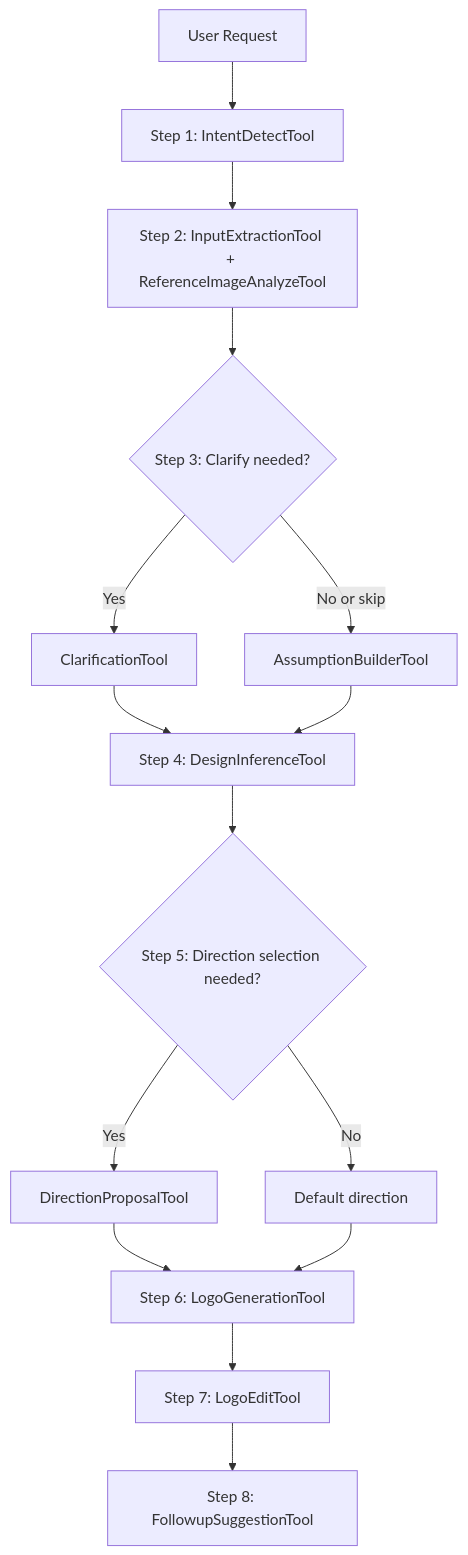
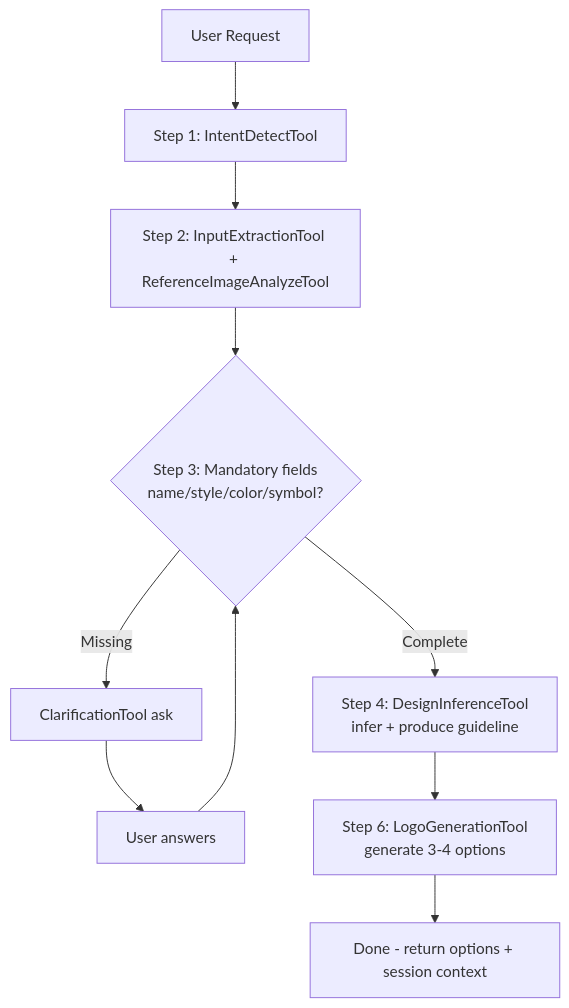
Before and after one commit to Ne4nf/Agent-Memory: the first of 3 diagrams in tech.md, drawn with Mermaid. The commit also changed other lines of this file, not shown here.

First line of the commit message:
Revise POC document for logo design service

````diff
--- a/tech.md
+++ b/tech.md
@@ -76,17 +96,12 @@
 ```mermaid
 flowchart TD
     A[User Request] --> B[Step 1: IntentDetectTool]
     B --> C[Step 2: InputExtractionTool + ReferenceImageAnalyzeTool]
-    C --> D{Step 3: Clarify needed?}
-    D -->|Yes| E[ClarificationTool]
-    D -->|No or skip| F[AssumptionBuilderTool]
-    E --> G[Step 4: DesignInferenceTool]
-    F --> G
-    G --> H{Step 5: Direction selection needed?}
-    H -->|Yes| I[DirectionProposalTool]
-    H -->|No| J[Default direction]
-    I --> K[Step 6: LogoGenerationTool]
-    J --> K
-    K --> L[Step 7: LogoEditTool]
-    L --> M[Step 8: FollowupSuggestionTool]
+    C --> D{Step 3: Mandatory fields\nname/style/color/symbol?}
+    D -->|Missing| E[ClarificationTool ask]
+    E --> F[User answers]
+    F --> D
+    D -->|Complete| G[Step 4: DesignInferenceTool\ninfer + produce guideline]
+    G --> H[Step 6: LogoGenerationTool\ngenerate 3-4 options]
+    H --> I[Done - return options + session context]
 ```
````
